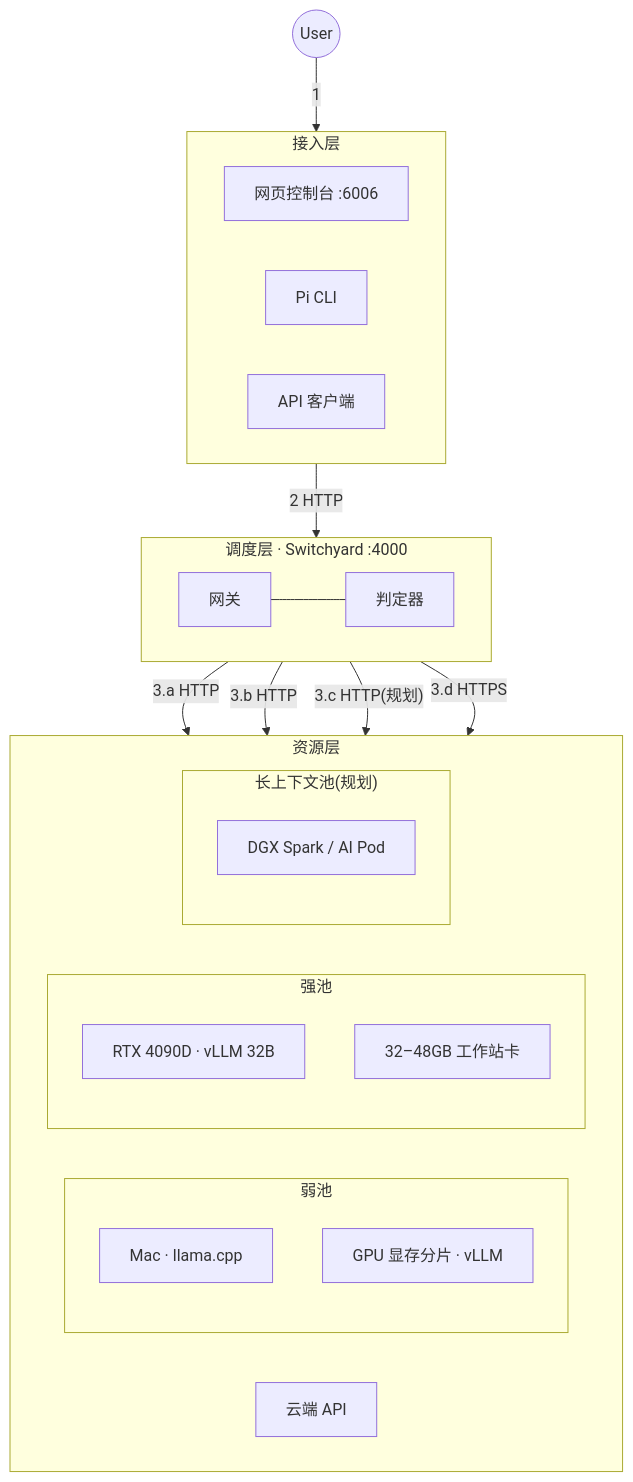
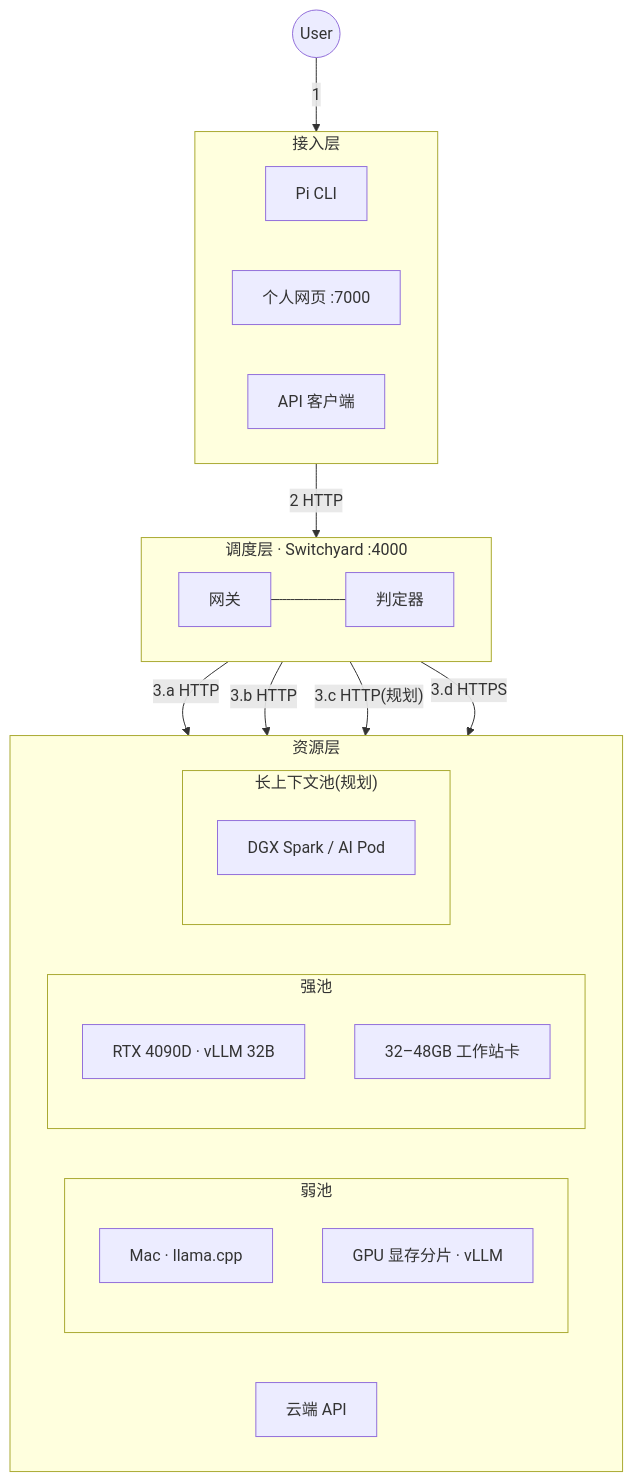
One commit to murphyren225/local_infer changed the first of 2 diagrams in docs/design.md. Above: the diagram before and after it, drawn with Mermaid. The commit also changed other lines of this file and 50 other files, not shown here.

````diff
--- a/docs/design.md
+++ b/docs/design.md
@@ -34,36 +45,36 @@
 ```mermaid
 flowchart TD
     U(("User")) -- "1" --> ACCESS
     subgraph ACCESS["接入层"]
         direction LR
-        W1["网页控制台 :6006"]
-        W2["Pi CLI"]
+        W1["Pi CLI"]
+        W2["个人网页 :7000"]
         W3["API 客户端"]
     end
     ACCESS -- "2  HTTP" --> G
     subgraph G["调度层 · Switchyard :4000"]
         direction LR
         GW["网关"]
         JD["判定器"]
         GW --- JD
     end
     G -- "3.a  HTTP" --> WPOOL
     G -- "3.b  HTTP" --> SPOOL
     G -- "3.c  HTTP(规划)" --> LPOOL
     G -- "3.d  HTTPS" --> CL
     subgraph BOTTOM["资源层"]
         direction LR
         subgraph WPOOL["弱池"]
             WH1["Mac · llama.cpp"]
             WH2["GPU 显存分片 · vLLM"]
         end
         subgraph SPOOL["强池"]
             SH1["RTX 4090D · vLLM 32B"]
             SH2["32–48GB 工作站卡"]
         end
         subgraph LPOOL["长上下文池(规划)"]
             LH1["DGX Spark / AI Pod"]
         end
         CL["云端 API"]
     end
 ```
````
